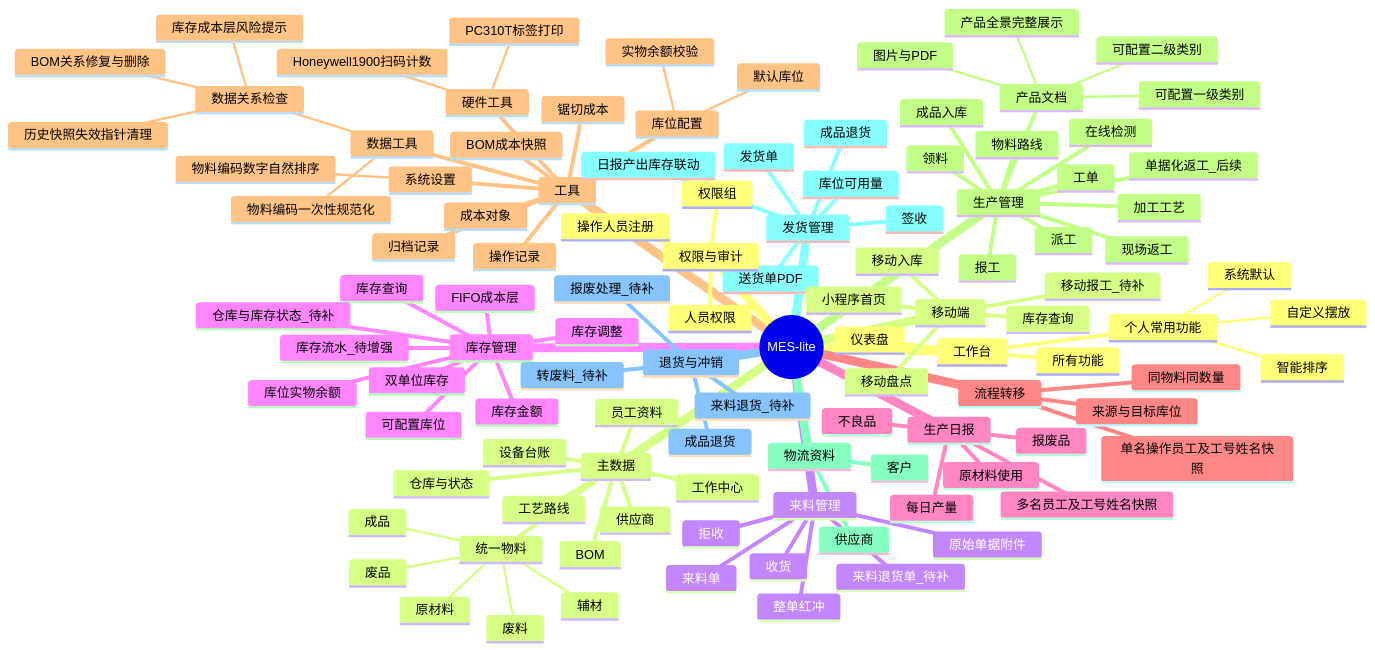
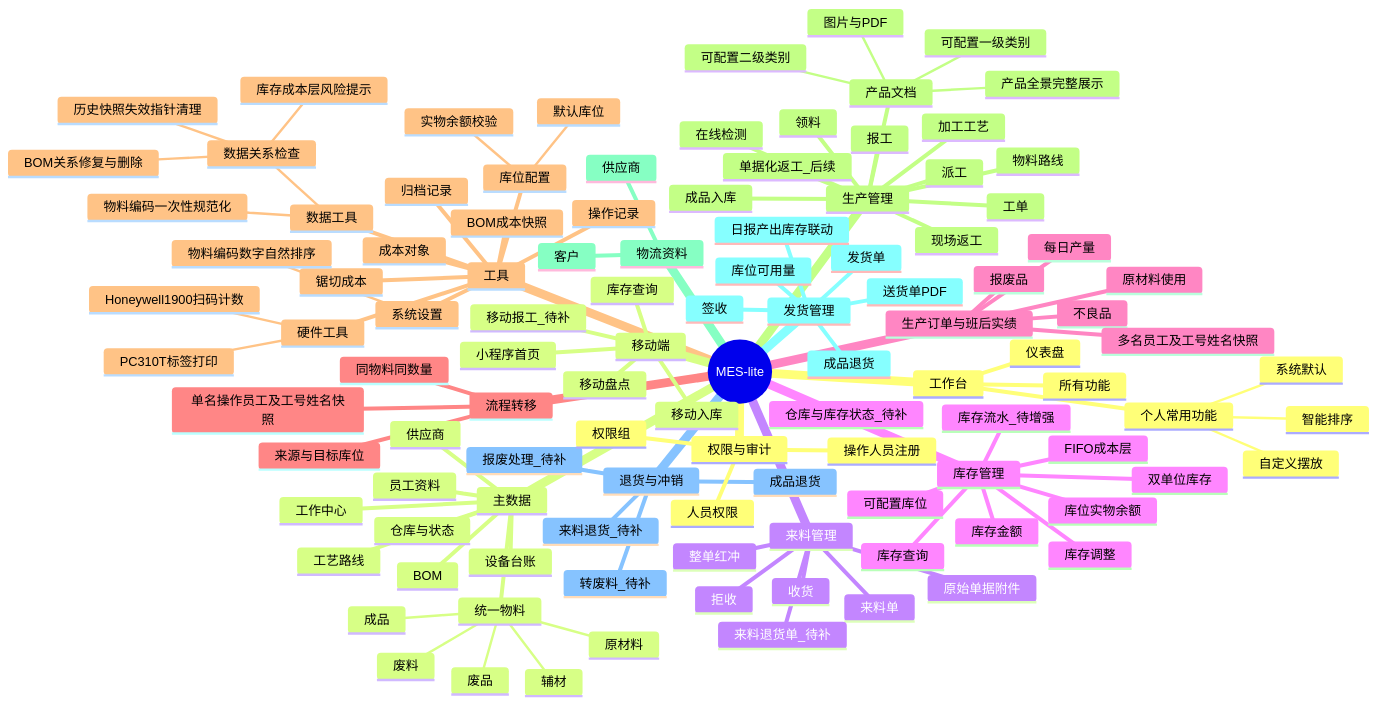
The first of 17 diagrams in docs/minierp/system-function-flow.md (goldf2/mes-lite), drawn with Mermaid before and after one commit. The commit also changed other lines of this file and 38 other files, not shown here.

```diff
--- a/docs/minierp/system-function-flow.md
+++ b/docs/minierp/system-function-flow.md
@@ -63,7 +63,7 @@
       库存调整
       库存流水_待增强
       仓库与库存状态_待补
-    生产日报
+    生产订单与班后实绩
       每日产量
       不良品
       报废品
```
